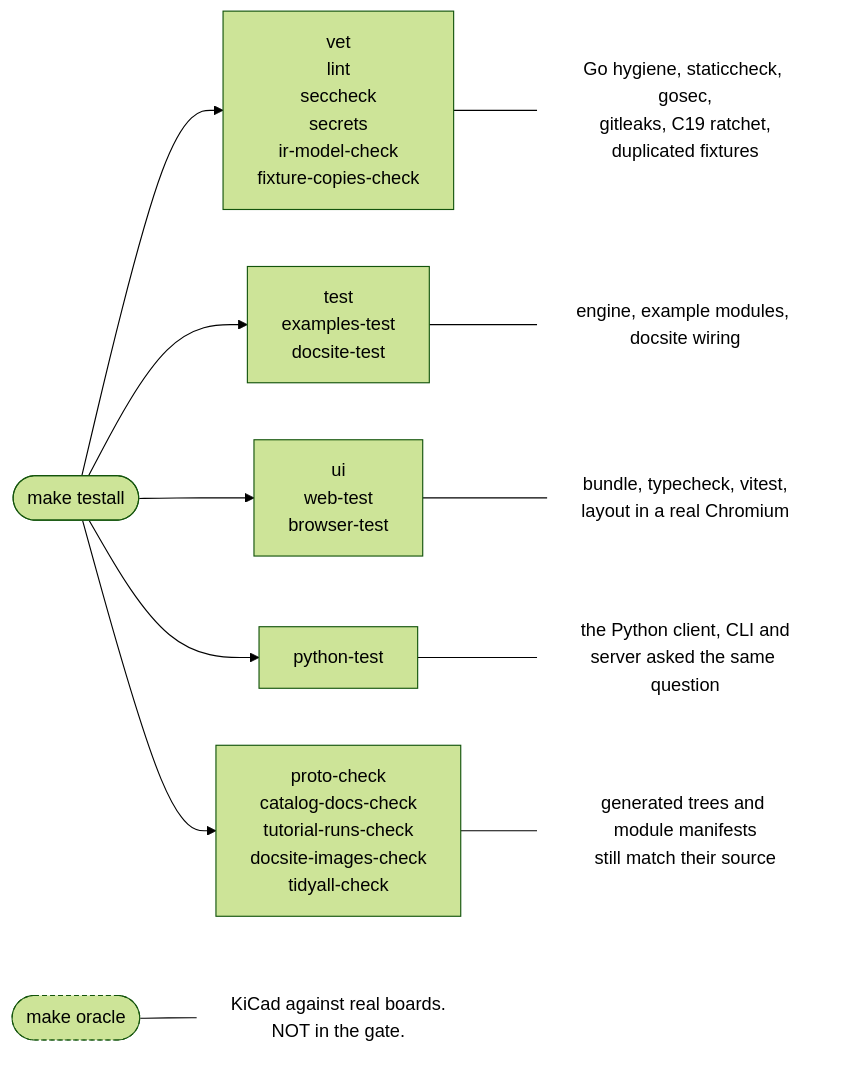
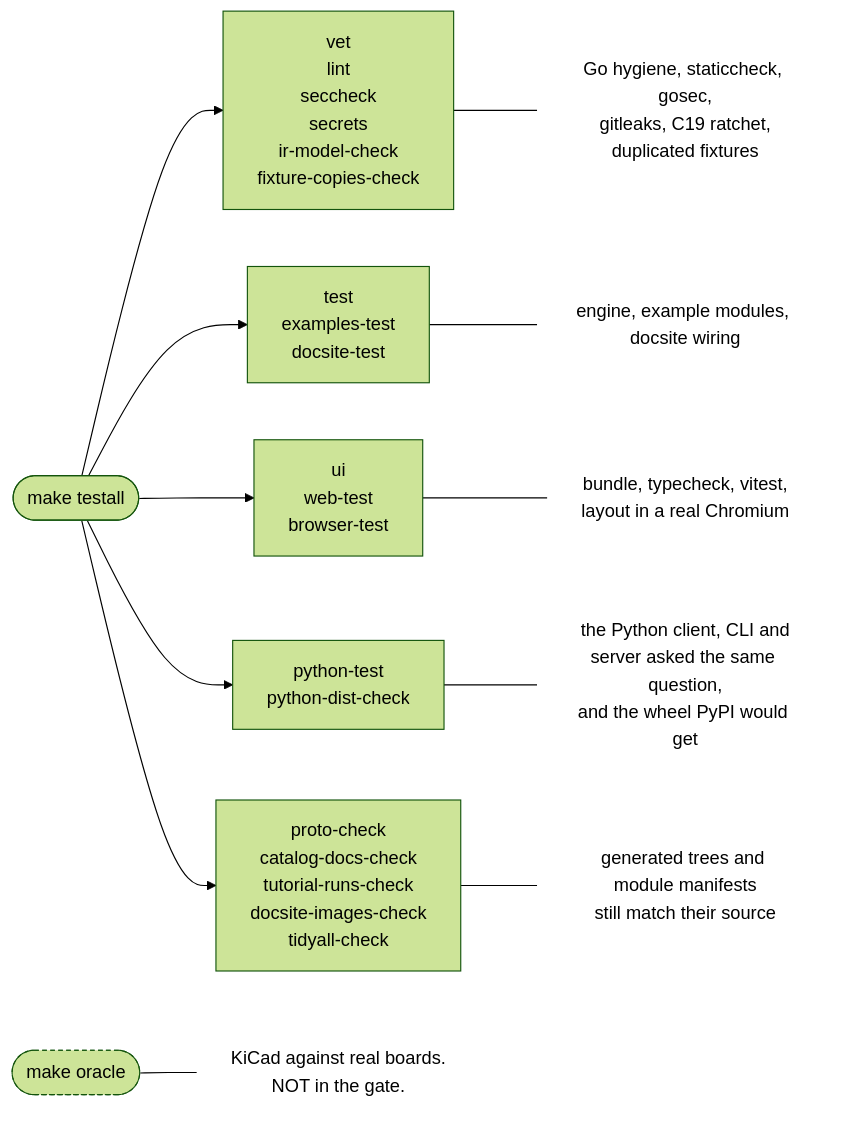
The first of 3 diagrams in docsite/content/build/the-gate.md (panyam/agni), drawn with Mermaid (forest theme) before and after one commit. The commit also changed 9 other files, not shown here.

Commit message:
Publish the Python client to PyPI as agni-eda from the release workflow

````diff
--- a/docsite/content/build/the-gate.md
+++ b/docsite/content/build/the-gate.md
@@ -9,19 +9,19 @@
 ```mermaid
 flowchart LR
     T(["make testall"])
     T --> V["vet<br/>lint<br/>seccheck<br/>secrets<br/>ir-model-check<br/>fixture-copies-check"]
     T --> E["test<br/>examples-test<br/>docsite-test"]
     T --> W["ui<br/>web-test<br/>browser-test"]
-    T --> P["python-test"]
+    T --> P["python-test<br/>python-dist-check"]
     T --> G["proto-check<br/>catalog-docs-check<br/>tutorial-runs-check<br/>docsite-images-check<br/>tidyall-check"]
     V --- Vn["Go hygiene, staticcheck, gosec,<br/>gitleaks, C19 ratchet,<br/>duplicated fixtures"]
     E --- En["engine, example modules, docsite wiring"]
     W --- Wn["bundle, typecheck, vitest,<br/>layout in a real Chromium"]
     G --- Gn["generated trees and module manifests<br/>still match their source"]
-    P --- Pn["the Python client, CLI and<br/>server asked the same question"]
+    P --- Pn["the Python client, CLI and<br/>server asked the same question,<br/>and the wheel PyPI would get"]
     O(["make oracle"]) --- On["KiCad against real boards.<br/>NOT in the gate."]
     classDef note fill:none,stroke:none;
     classDef out stroke-dasharray: 4 3;
     class Vn,En,Wn,Gn,Pn,On note;
     class O,On out;
 ```
````
